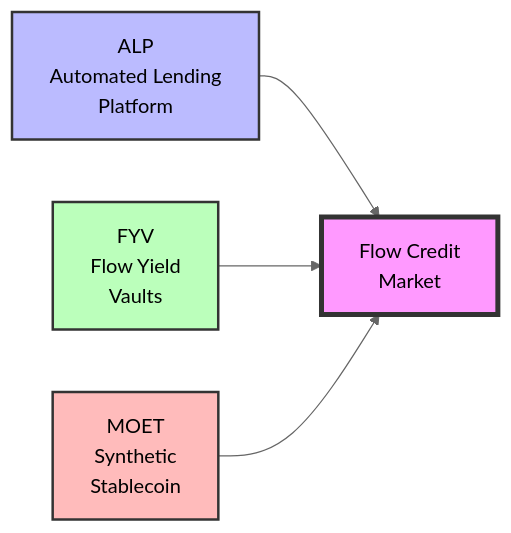
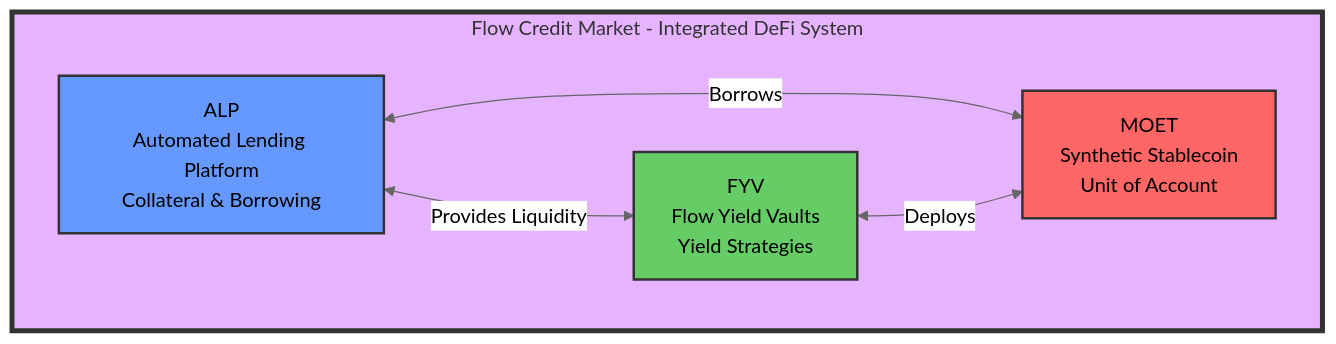
The first of 2 diagrams in docs/defi/fcm/index.md (onflow/docs), drawn with Mermaid (neutral theme) before and after one commit. The commit also changed other lines of this file and 7 other files, not shown here.

First line of the commit message:
Add comprehensive MOET documentation and update FCM/ALP references

````diff
--- a/docs/defi/fcm/index.md
+++ b/docs/defi/fcm/index.md
@@ -15,11 +15,17 @@
 ```mermaid
-graph LR
-    ALP[ALP<br/>Automated Lending<br/>Platform] --> FCM[Flow Credit<br/>Market]
-    FYV[FYV<br/>Flow Yield<br/>Vaults] --> FCM
-    MOET[MOET<br/>Synthetic<br/>Stablecoin] --> FCM
+graph TB
+    subgraph FCM[Flow Credit Market - Integrated DeFi System]
+        ALP[ALP<br/>Automated Lending Platform<br/>Collateral & Borrowing]
+        FYV[FYV<br/>Flow Yield Vaults<br/>Yield Strategies]
+        MOET[MOET<br/>Synthetic Stablecoin<br/>Unit of Account]
 
-    style FCM fill:#f9f,stroke:#333,stroke-width:4px
-    style ALP fill:#bbf,stroke:#333,stroke-width:2px
-    style FYV fill:#bfb,stroke:#333,stroke-width:2px
-    style MOET fill:#fbb,stroke:#333,stroke-width:2px
+        ALP <-->|Borrows| MOET
+        FYV <-->|Deploys| MOET
+        ALP <-->|Provides Liquidity| FYV
+    end
+
+    style FCM fill:#e6b3ff,stroke:#333,stroke-width:4px
+    style ALP fill:#6699ff,stroke:#333,stroke-width:2px
+    style FYV fill:#66cc66,stroke:#333,stroke-width:2px
+    style MOET fill:#ff6666,stroke:#333,stroke-width:2px
 ```
````
